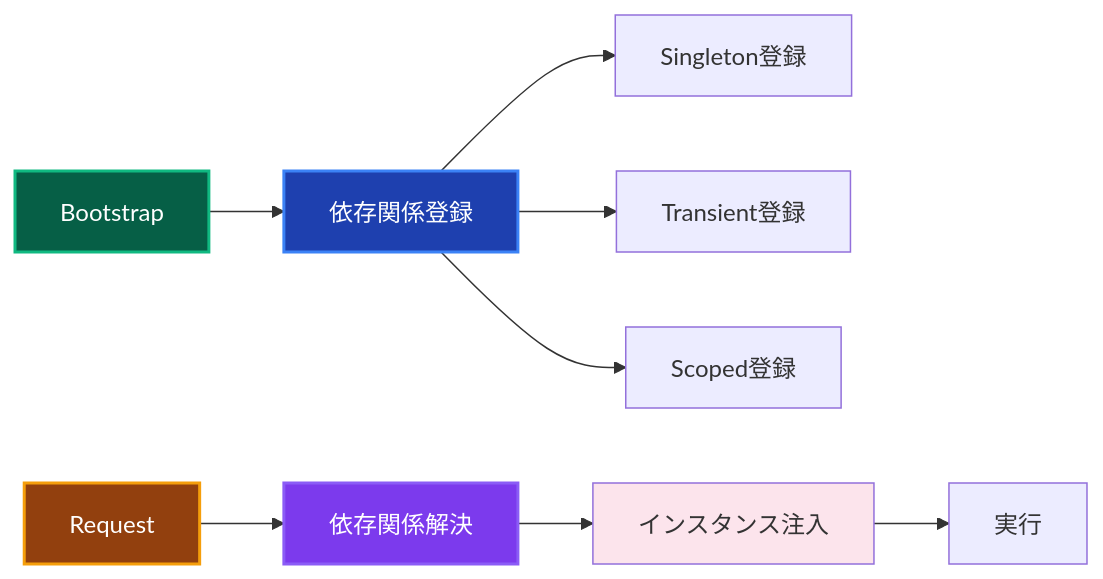
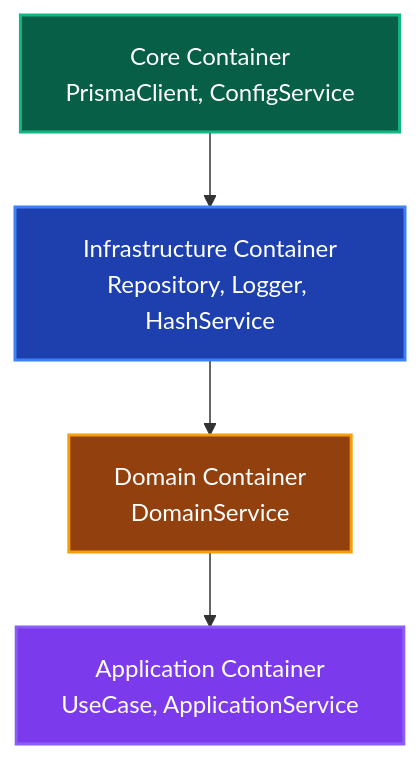
One commit to derushio/d-next-ddd-example changed the second of 2 diagrams in _DOCS/guides/ddd/layers/components/di-container.md. Above: the diagram before and after it, drawn with Mermaid. The commit also changed other lines of this file and 102 other files, not shown here.

````diff
--- a/_DOCS/guides/ddd/layers/components/di-container.md
+++ b/_DOCS/guides/ddd/layers/components/di-container.md
@@ -46,17 +48,11 @@
 ```mermaid
-graph LR
-    BOOT[Bootstrap] --> REGISTER[依存関係登録]
-    REGISTER --> SINGLETON[Singleton登録]
-    REGISTER --> TRANSIENT[Transient登録]
-    REGISTER --> SCOPED[Scoped登録]
+graph TB
+    CORE[Core Container<br/>PrismaClient, ConfigService] --> INFRA[Infrastructure Container<br/>Repository, Logger, HashService]
+    INFRA --> DOMAIN[Domain Container<br/>DomainService]
+    DOMAIN --> APP[Application Container<br/>UseCase, ApplicationService]
 
-    REQUEST[Request] --> RESOLVE[依存関係解決]
-    RESOLVE --> INJECT[インスタンス注入]
-    INJECT --> EXECUTE[実行]
-
-    style BOOT fill:#065f46,stroke:#10b981,stroke-width:2px,color:#ffffff
-    style REGISTER fill:#1e40af,stroke:#3b82f6,stroke-width:2px,color:#ffffff
-    style REQUEST fill:#92400e,stroke:#f59e0b,stroke-width:2px,color:#ffffff
-    style RESOLVE fill:#7c3aed,stroke:#8b5cf6,stroke-width:2px,color:#ffffff
-    style INJECT fill:#fce4ec
+    style CORE fill:#065f46,stroke:#10b981,stroke-width:2px,color:#ffffff
+    style INFRA fill:#1e40af,stroke:#3b82f6,stroke-width:2px,color:#ffffff
+    style DOMAIN fill:#92400e,stroke:#f59e0b,stroke-width:2px,color:#ffffff
+    style APP fill:#7c3aed,stroke:#8b5cf6,stroke-width:2px,color:#ffffff
 ```
````
